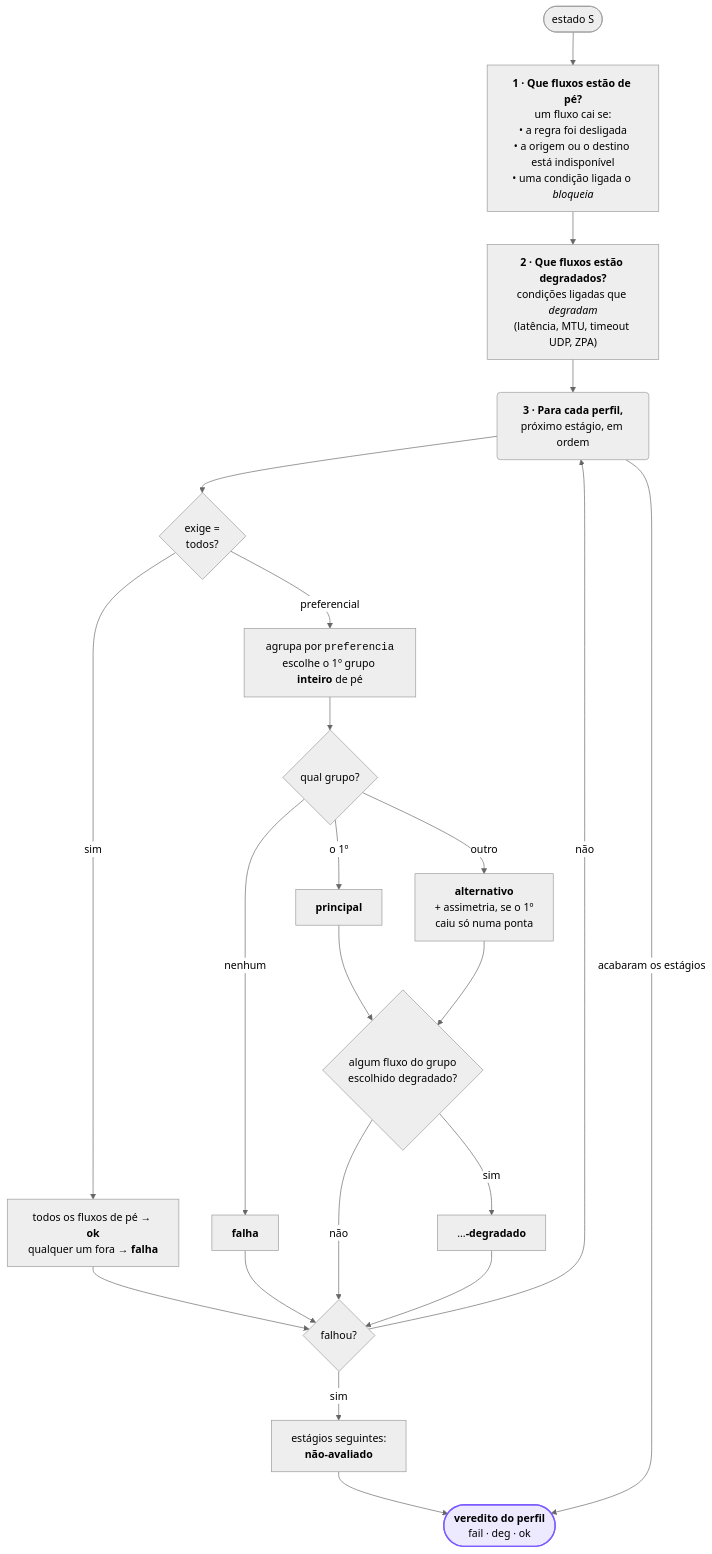
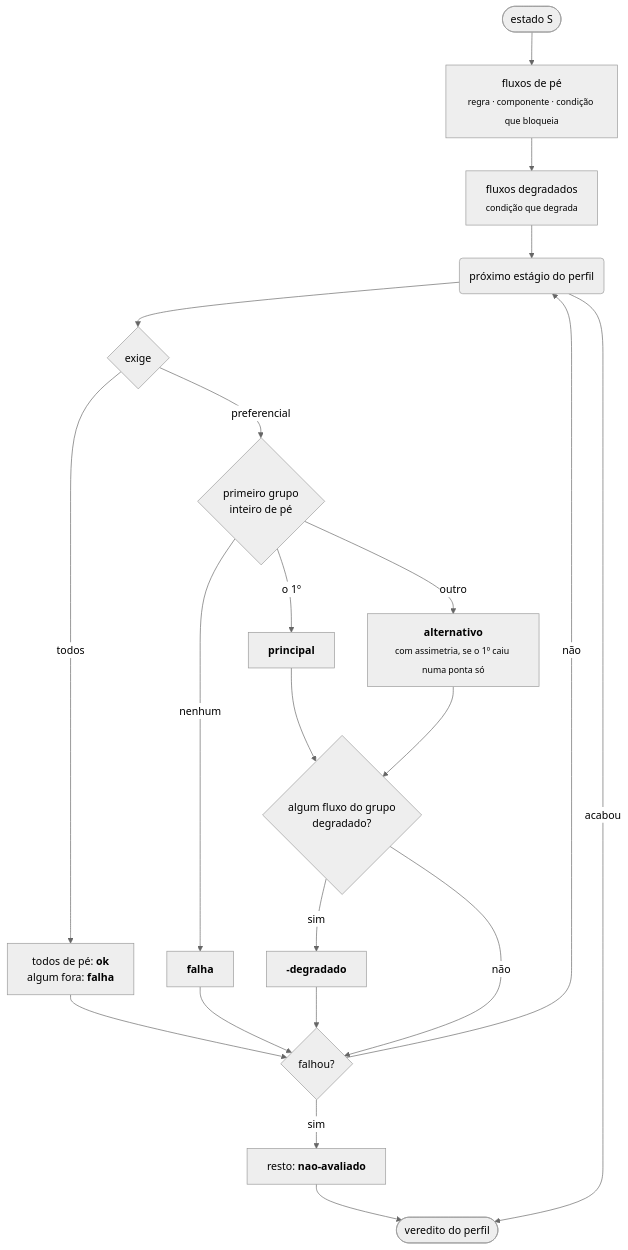
One commit to tr0drigues/gemeodigital changed the third of 12 diagrams in README.md. Above: the diagram before and after it, drawn with Mermaid (neutral theme). The commit also changed other lines of this file and 2 other files, not shown here.

````diff
--- a/README.md
+++ b/README.md
@@ -212,24 +144,20 @@
 ```mermaid
 flowchart TD
-    A([estado S]) --> B["<b>1 · Que fluxos estão de pé?</b><br/>um fluxo cai se:<br/>• a regra foi desligada<br/>• a origem ou o destino está indisponível<br/>• uma condição ligada o <i>bloqueia</i>"]
-    B --> C["<b>2 · Que fluxos estão degradados?</b><br/>condições ligadas que <i>degradam</i><br/>(latência, MTU, timeout UDP, ZPA)"]
-    C --> D("<b>3 · Para cada perfil,</b><br/>próximo estágio, em ordem")
-    D --> E{"exige =<br/>todos?"}
-    E -- sim --> F["todos os fluxos de pé → <b>ok</b><br/>qualquer um fora → <b>falha</b>"]
-    E -- preferencial --> G["agrupa por <code>preferencia</code><br/>escolhe o 1º grupo <b>inteiro</b> de pé"]
-    G --> H{"qual grupo?"}
-    H -- "o 1º" --> I["<b>principal</b>"]
-    H -- "outro" --> J["<b>alternativo</b><br/>+ assimetria, se o 1º<br/>caiu só numa ponta"]
-    H -- "nenhum" --> K["<b>falha</b>"]
-    I & J --> L{"algum fluxo do grupo<br/>escolhido degradado?"}
-    L -- sim --> M["…<b>-degradado</b>"]
-    F & K --> N
+    A([estado S]) --> B["fluxos de pé<br/><sub>regra · componente · condição que bloqueia</sub>"]
+    B --> C["fluxos degradados<br/><sub>condição que degrada</sub>"]
+    C --> D("próximo estágio do perfil")
+    D --> E{"exige"}
+    E -- todos --> F["todos de pé: <b>ok</b><br/>algum fora: <b>falha</b>"]
+    E -- preferencial --> G{"primeiro grupo<br/>inteiro de pé"}
+    G -- "o 1º" --> I["<b>principal</b>"]
+    G -- "outro" --> J["<b>alternativo</b><br/><sub>com assimetria, se o 1º caiu numa ponta só</sub>"]
+    G -- "nenhum" --> K["<b>falha</b>"]
+    I & J --> L{"algum fluxo do grupo<br/>degradado?"}
+    L -- sim --> M["<b>-degradado</b>"]
+    F & K & M --> N{"falhou?"}
     L -- não --> N
-    M --> N{"falhou?"}
-    N -- sim --> O["estágios seguintes:<br/><b>não-avaliado</b>"]
     N -- não --> D
-    O --> P(["<b>veredito do perfil</b><br/>fail · deg · ok"])
-    D -- "acabaram os estágios" --> P
-
-    style P fill:#7c5cff22,stroke:#7c5cff,stroke-width:2px
+    N -- sim --> O["resto: <b>nao-avaliado</b>"]
+    O --> P([veredito do perfil])
+    D -- "acabou" --> P
 ```
````
